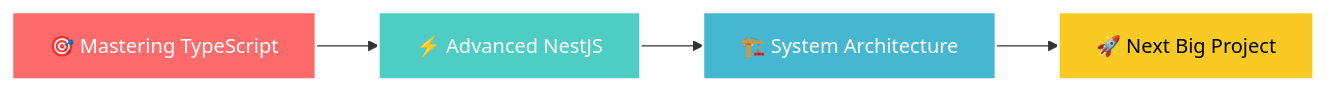
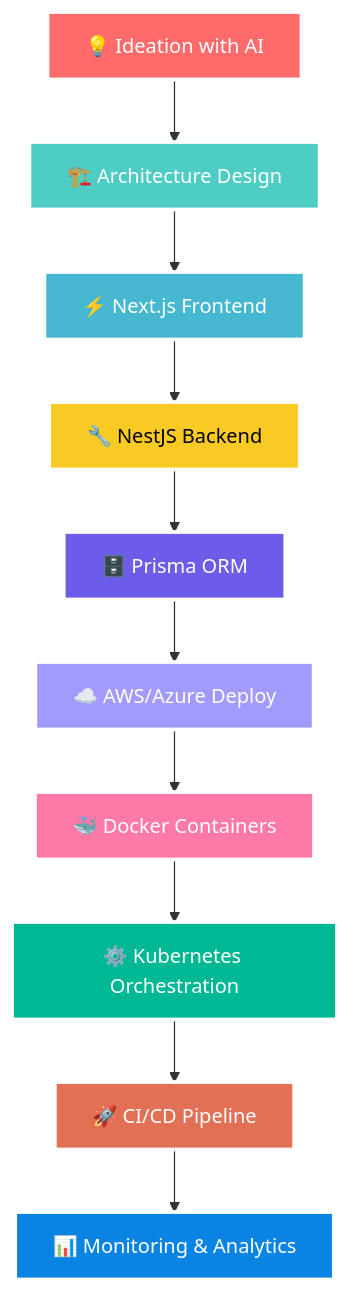
Before and after one commit to IT21182914/IT21182914: the diagram in README.md, drawn with Mermaid. The commit also changed other lines of this file, not shown here.

````diff
--- a/README.md
+++ b/README.md
@@ -119,11 +120,23 @@
 ```mermaid
-graph LR
-    A[🎯 Mastering TypeScript] --> B[⚡ Advanced NestJS]
-    B --> C[🏗️ System Architecture]
-    C --> D[🚀 Next Big Project]
+graph TD
+    A[💡 Ideation with AI] --> B[🏗️ Architecture Design]
+    B --> C[⚡ Next.js Frontend]
+    C --> D[🔧 NestJS Backend]
+    D --> E[🗄️ Prisma ORM]
+    E --> F[☁️ AWS/Azure Deploy]
+    F --> G[🐳 Docker Containers]
+    G --> H[⚙️ Kubernetes Orchestration]
+    H --> I[🚀 CI/CD Pipeline]
+    I --> J[📊 Monitoring & Analytics]
     
-    style A fill:#ff6b6b,stroke:#ffffff,stroke-width:2px,color:#ffffff
-    style B fill:#4ecdc4,stroke:#ffffff,stroke-width:2px,color:#ffffff
-    style C fill:#45b7d1,stroke:#ffffff,stroke-width:2px,color:#ffffff
-    style D fill:#f9ca24,stroke:#ffffff,stroke-width:2px,color:#000000
+    style A fill:#ff6b6b,stroke:#ffffff,stroke-width:3px,color:#ffffff
+    style B fill:#4ecdc4,stroke:#ffffff,stroke-width:3px,color:#ffffff
+    style C fill:#45b7d1,stroke:#ffffff,stroke-width:3px,color:#ffffff
+    style D fill:#f9ca24,stroke:#ffffff,stroke-width:3px,color:#000000
+    style E fill:#6c5ce7,stroke:#ffffff,stroke-width:3px,color:#ffffff
+    style F fill:#a29bfe,stroke:#ffffff,stroke-width:3px,color:#ffffff
+    style G fill:#fd79a8,stroke:#ffffff,stroke-width:3px,color:#ffffff
+    style H fill:#00b894,stroke:#ffffff,stroke-width:3px,color:#ffffff
+    style I fill:#e17055,stroke:#ffffff,stroke-width:3px,color:#ffffff
+    style J fill:#0984e3,stroke:#ffffff,stroke-width:3px,color:#ffffff
 ```
````
